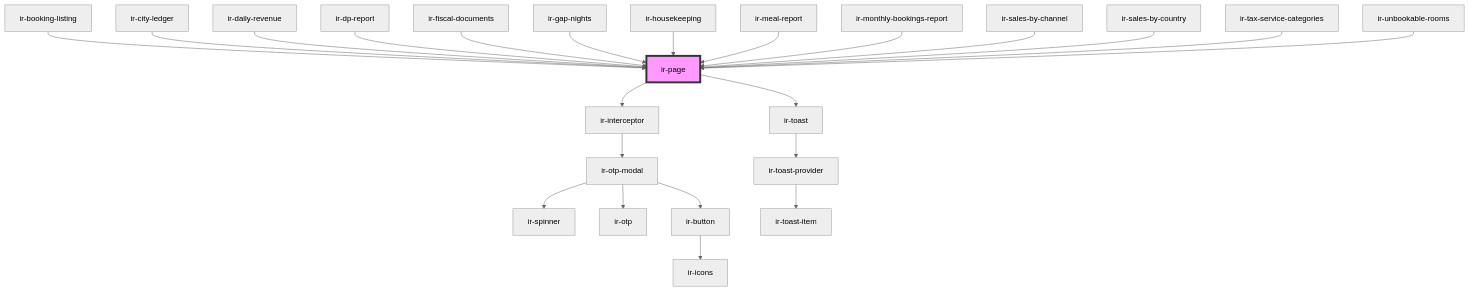
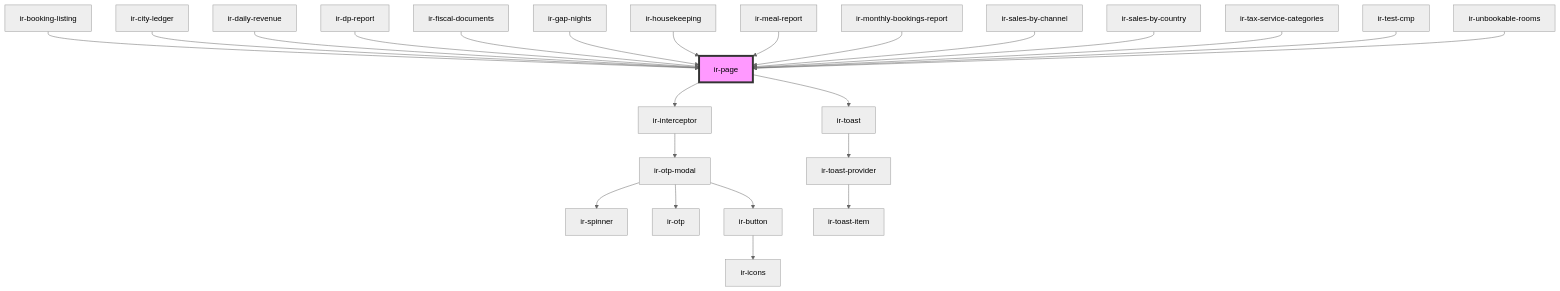
One commit to RonyRizk/ir-webcmp changed the diagram in src/components/ui/ir-page/readme.md. Above: the diagram before and after it, drawn with Mermaid (neutral theme). The commit also changed other lines of this file and 10 other files, not shown here.

````diff
--- a/src/components/ui/ir-page/readme.md
+++ b/src/components/ui/ir-page/readme.md
@@ -49,26 +50,27 @@
 ```mermaid
 graph TD;
   ir-page --> ir-interceptor
   ir-page --> ir-toast
   ir-interceptor --> ir-otp-modal
   ir-otp-modal --> ir-spinner
   ir-otp-modal --> ir-otp
   ir-otp-modal --> ir-button
   ir-button --> ir-icons
   ir-toast --> ir-toast-provider
   ir-toast-provider --> ir-toast-item
   ir-booking-listing --> ir-page
   ir-city-ledger --> ir-page
   ir-daily-revenue --> ir-page
   ir-dp-report --> ir-page
   ir-fiscal-documents --> ir-page
   ir-gap-nights --> ir-page
   ir-housekeeping --> ir-page
   ir-meal-report --> ir-page
   ir-monthly-bookings-report --> ir-page
   ir-sales-by-channel --> ir-page
   ir-sales-by-country --> ir-page
   ir-tax-service-categories --> ir-page
+  ir-test-cmp --> ir-page
   ir-unbookable-rooms --> ir-page
   style ir-page fill:#f9f,stroke:#333,stroke-width:4px
 ```
````
